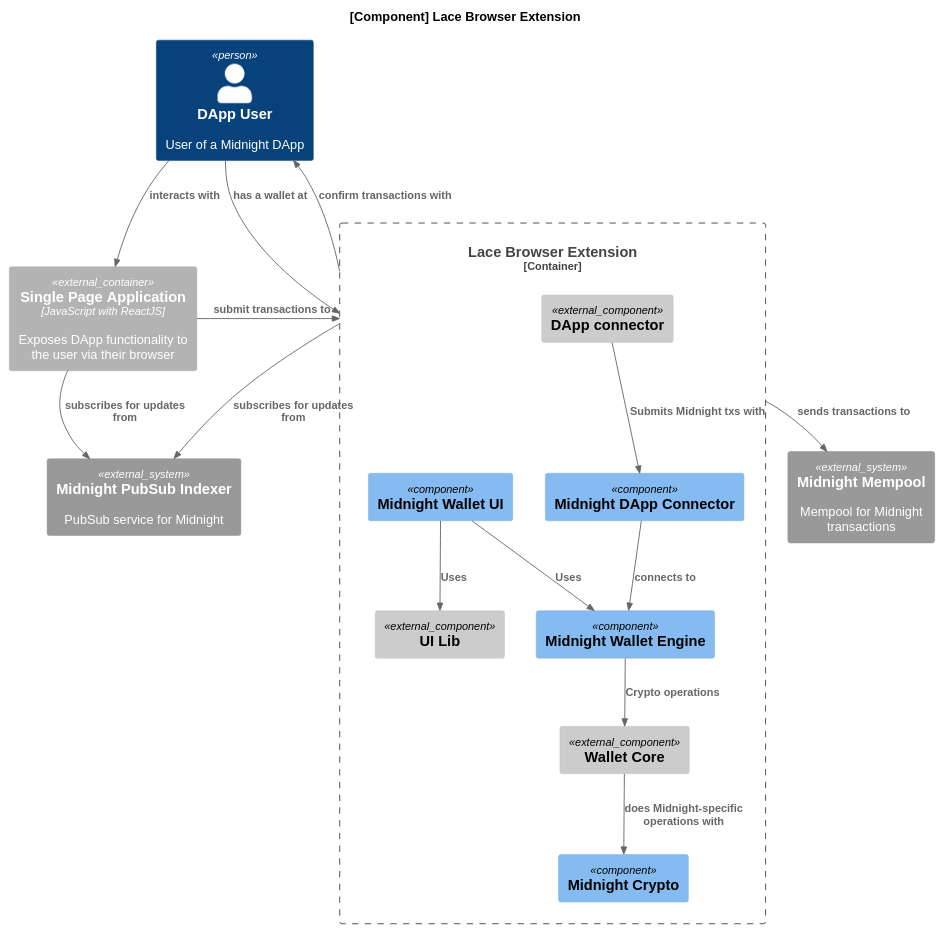
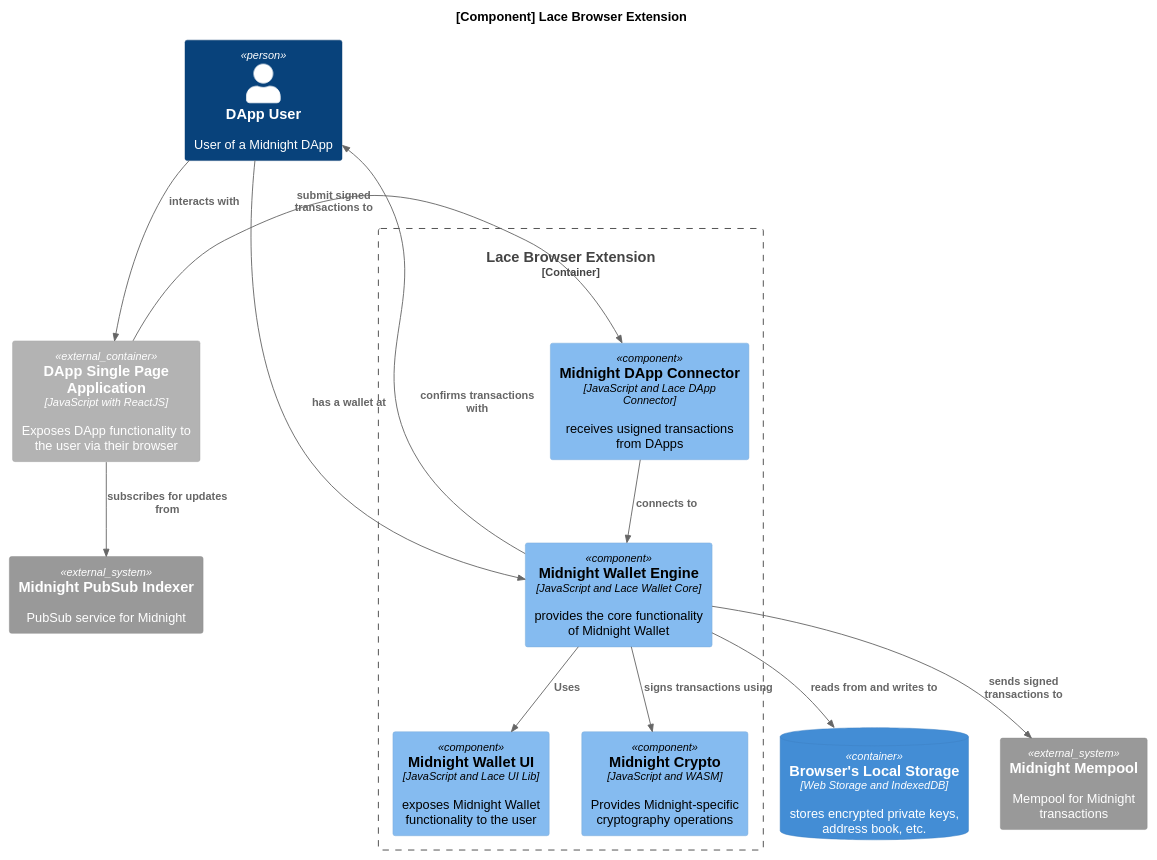
The diagram in dapp-arch-4.puml (midnightntwrk/midnight-architecture), drawn with PlantUML before and after one commit.

Commit message:
Fold Lace components into technology

```diff
--- a/dapp-arch-4.puml
+++ b/dapp-arch-4.puml
@@ -1,46 +1,43 @@
 @startuml Component diagram for Lace Browser Extension
 
 !include https://raw.githubusercontent.com/plantuml-stdlib/C4-PlantUML/master/C4_Component.puml
 
 skinparam defaultFontName Liberation Sans
 
 title [Component] Lace Browser Extension
 
 Person(user, "DApp User", "User of a Midnight DApp")
 
-' Container(extension, "Lace Browser Extension", "Chrome Extension", "Provides Light Wallet functionality to the user")
 Container_Boundary(extension, "Lace Browser Extension"){
-  Component_Ext(walletCore, "Wallet Core")
-  Component_Ext(uiLib, "UI Lib")
-  Component_Ext(dappConnector, "DApp connector")
+  Component(dappConnector, "Midnight DApp Connector", "JavaScript and Lace DApp Connector",  "receives usigned transactions from DApps")
+  Component(walletUI, "Midnight Wallet UI", "JavaScript and Lace UI Lib", "exposes Midnight Wallet functionality to the user")
+  Component(walletEngine, "Midnight Wallet Engine", "JavaScript and Lace Wallet Core", "provides the core functionality of Midnight Wallet")  
+  Component(midnightCrypto, "Midnight Crypto", "JavaScript and WASM", "Provides Midnight-specific cryptography operations")
 
-  Component(walletUI, "Midnight Wallet UI")
-  Component(walletEngine, "Midnight Wallet Engine")
-  Component(midnightCrypto, "Midnight Crypto")
-  
-  Component(midnightDAppConnector, "Midnight DApp Connector")
+  Rel(walletEngine, walletUI, "Uses")
+  Rel(dappConnector, walletEngine, "connects to")
+  Rel(walletEngine, midnightCrypto, "signs transactions using")
 
-  Rel(walletEngine, walletCore, "Crypto operations")
-  Rel(walletCore, midnightCrypto, "does Midnight-specific operations with")
-  Rel(walletUI, uiLib, "Uses")
-  Rel(walletUI, walletEngine, "Uses")
-  Rel(dappConnector, midnightDAppConnector, "Submits Midnight txs with")
-  Rel(midnightDAppConnector, walletEngine, "connects to")
+  Rel(walletEngine, user, "confirms transactions with")
 }
 
-Container_Ext(spa, "Single Page Application", "JavaScript with ReactJS", "Exposes DApp functionality to the user via their browser")
+ContainerDb(storage, "Browser's Local Storage", "Web Storage and IndexedDB", "stores encrypted private keys, address book, etc.")
+
+Container_Ext(spa, "DApp Single Page Application", "JavaScript with ReactJS", "Exposes DApp functionality to the user via their browser")
 
 System_Ext(mempool, "Midnight Mempool", "Mempool for Midnight transactions")
 System_Ext(indexer, "Midnight PubSub Indexer", "PubSub service for Midnight")
 
 Rel(user, spa, "interacts with")
-Rel(user, extension, "has a wallet at")
+Rel(user, walletEngine, "has a wallet at")
 
-Rel(spa, extension, "submit transactions to")
+Rel_R(spa, dappConnector, "submit signed transactions to")
 Rel(spa, indexer, "subscribes for updates from")
 
-Rel(extension, mempool, "sends transactions to")
-Rel(extension, user, "confirm transactions with")
-Rel(extension, indexer, "subscribes for updates from")
+Rel(walletEngine, mempool, "sends signed transactions to")
+Rel_D(walletEngine, storage, "reads from and writes to")
+
+' Layout fixes
+Lay_R(spa, dappConnector)
 
 @enduml
```
